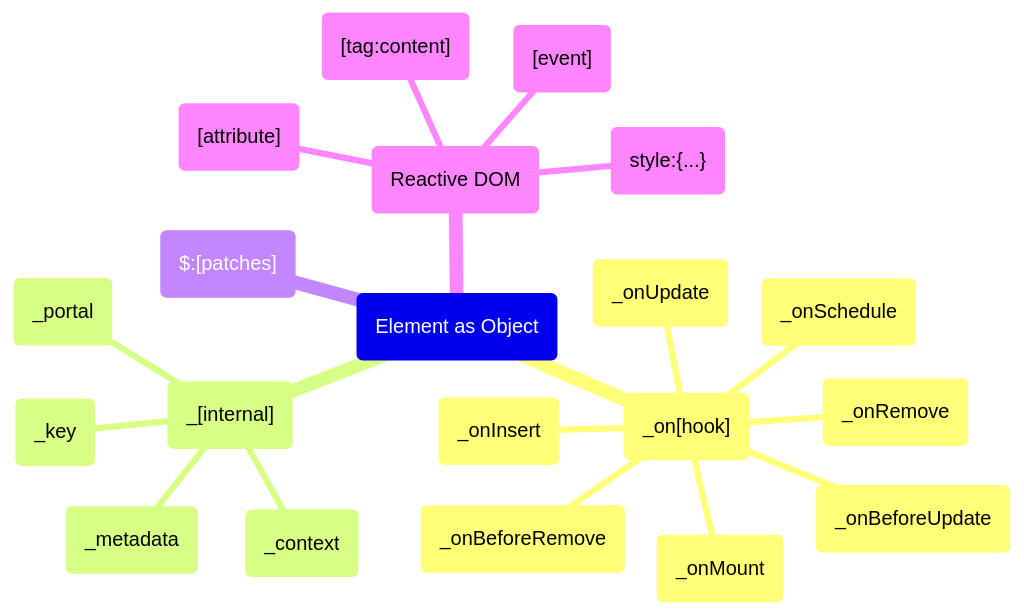
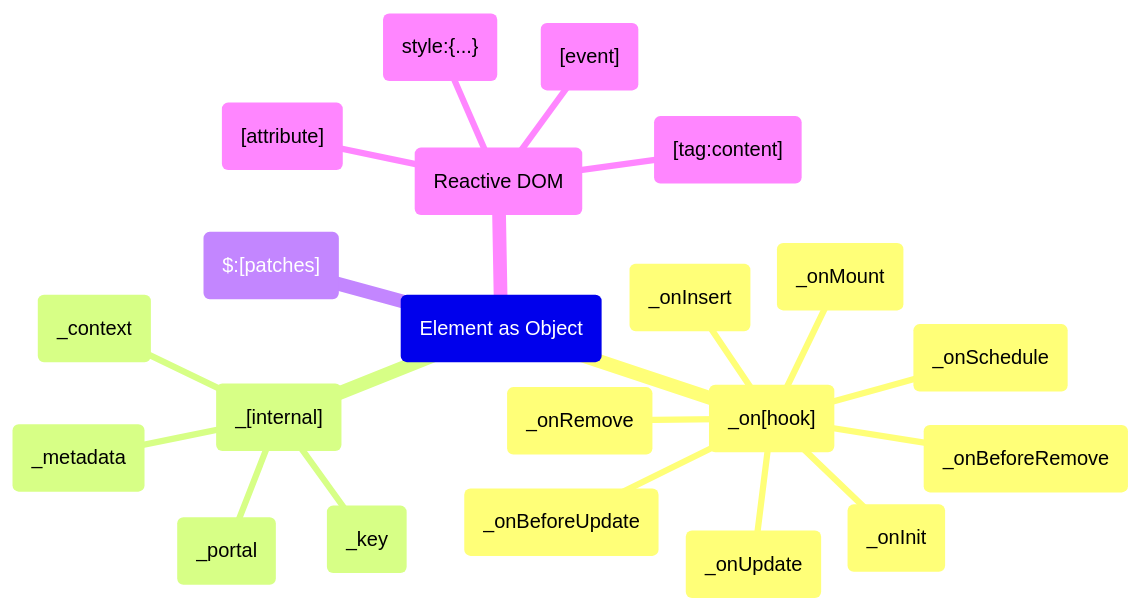
The first of 8 diagrams in AGENTS.md (domphy/domphy), drawn with Mermaid before and after one commit. The commit also changed other lines of this file and 48 other files, not shown here.

````diff
--- a/AGENTS.md
+++ b/AGENTS.md
@@ -69,23 +69,24 @@
 ```mermaid
 mindmap
   root(Element as Object)
     Hooks("_on[hook]")
       _onSchedule("_onSchedule")
+      _onInit("_onInit")
       _onInsert("_onInsert")
       _onBeforeUpdate("_onBeforeUpdate")
       _onUpdate("_onUpdate")
       _onMount("_onMount")
       _onBeforeRemove("_onBeforeRemove")
       _onRemove("_onRemove")
     Internal("_[internal]")
       _key("_key")
       _portal("_portal")
       _metadata("_metadata")
       _context("_context")
     Patches("$:[patches]")
     Dom("Reactive DOM")
       Tag("[tag:content]")
       Attributes("[attribute]")
       Event("[event]")
       style("style:{...}")
 ```
````
